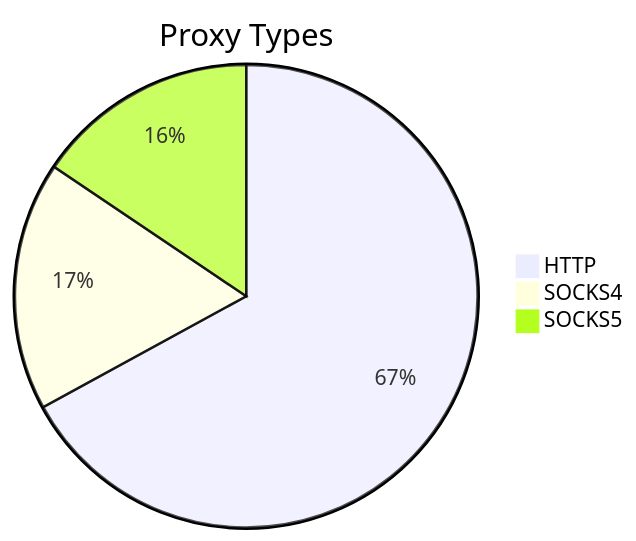
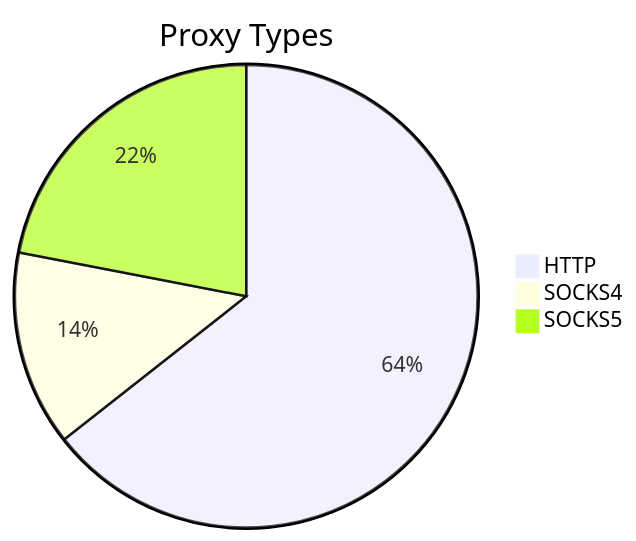
The first of 2 diagrams in README.md (stormsia/proxy-list), drawn with Mermaid before and after one commit. The commit also changed other lines of this file, not shown here.

````diff
--- a/README.md
+++ b/README.md
@@ -21,6 +21,6 @@
 ```mermaid
 pie title Proxy Types
-    "HTTP" : 771
-    "SOCKS4" : 200
-    "SOCKS5" : 179
+    "HTTP" : 510
+    "SOCKS4" : 108
+    "SOCKS5" : 174
 ```
````
